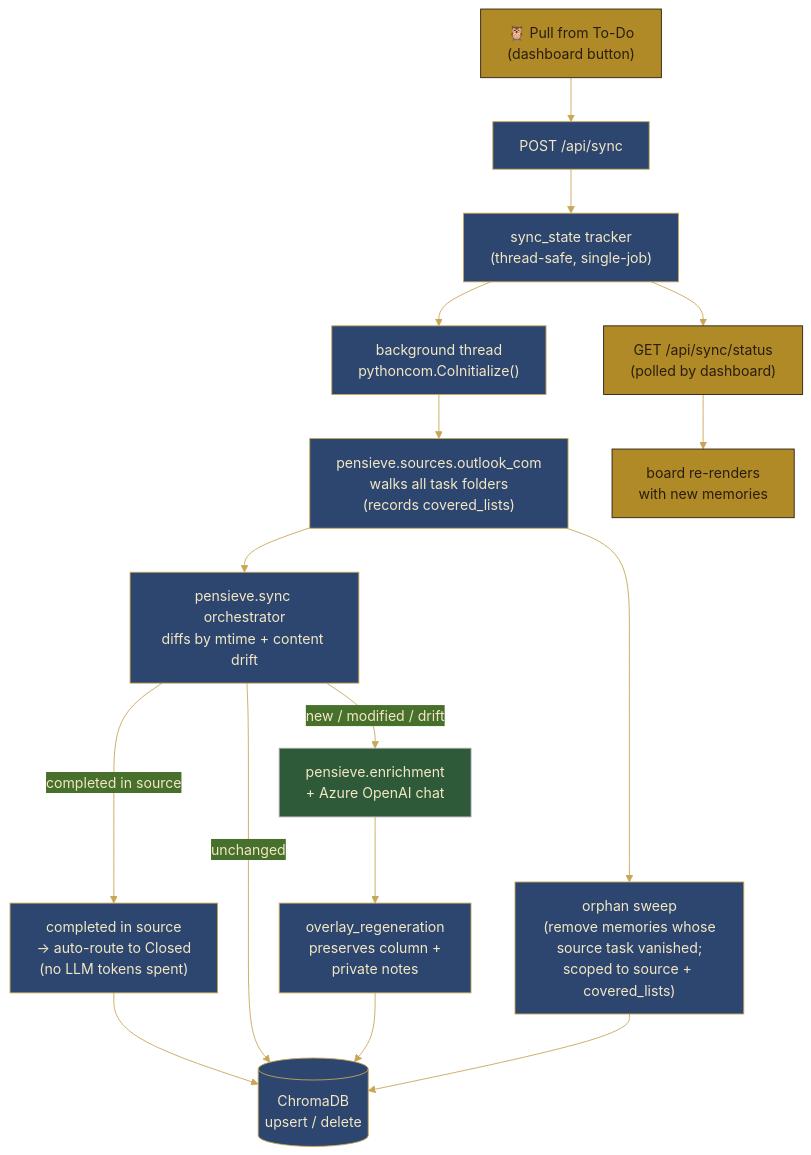
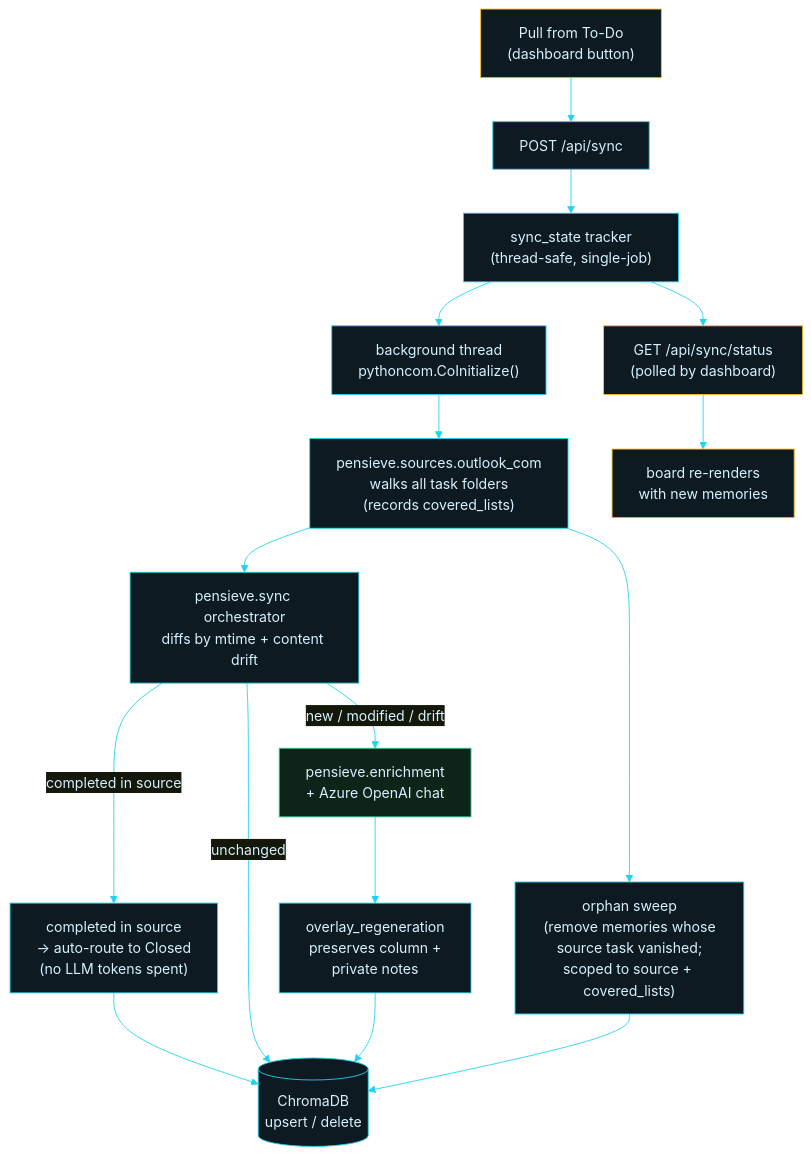
One commit to andy-herman/pensieve changed the second of 3 diagrams in README.md. Above: the diagram before and after it, drawn with Mermaid. The commit also changed other lines of this file and 4 other files, not shown here.

````diff
--- a/README.md
+++ b/README.md
@@ -247,33 +247,33 @@
 ```mermaid
-%%{init: {'theme':'base','themeVariables':{'primaryColor':'#2c4670','primaryTextColor':'#f3e7c4','primaryBorderColor':'#c9a655','lineColor':'#c9a655','fontFamily':'Cinzel, Georgia, serif'}}}%%
+%%{init: {'theme':'base','themeVariables':{'primaryColor':'#0b1418','primaryTextColor':'#d6f1ff','primaryBorderColor':'#22d3ee','lineColor':'#22d3ee','fontFamily':'Rajdhani, Share Tech Mono, monospace'}}}%%
 flowchart TD
-    HEDWIG["🦉 Pull from To-Do<br/>(dashboard button)"]
+    SYNCBTN["Pull from To-Do<br/>(dashboard button)"]
     POST["POST /api/sync"]
     TRACKER["sync_state tracker<br/>(thread-safe, single-job)"]
     THREAD["background thread<br/>pythoncom.CoInitialize()"]
     SRC["pensieve.sources.outlook_com<br/>walks all task folders<br/>(records covered_lists)"]
     ORCH["pensieve.sync orchestrator<br/>diffs by mtime + content drift"]
     AUTOCLOSE["completed in source<br/>→ auto-route to Closed<br/>(no LLM tokens spent)"]
     ENRICH["pensieve.enrichment<br/>+ Azure OpenAI chat"]
     OVERLAY["overlay_regeneration<br/>preserves column +<br/>private notes"]
     SWEEP["orphan sweep<br/>(remove memories whose<br/>source task vanished;<br/>scoped to source + covered_lists)"]
     CHROMA[("ChromaDB<br/>upsert / delete")]
     POLL["GET /api/sync/status<br/>(polled by dashboard)"]
     REDRAW["board re-renders<br/>with new memories"]
 
-    HEDWIG --> POST --> TRACKER --> THREAD
+    SYNCBTN --> POST --> TRACKER --> THREAD
     THREAD --> SRC --> ORCH
     ORCH -->|"completed in source"| AUTOCLOSE --> CHROMA
     ORCH -->|"new / modified / drift"| ENRICH
     ORCH -->|"unchanged"| CHROMA
     ENRICH --> OVERLAY --> CHROMA
     SRC --> SWEEP --> CHROMA
     TRACKER --> POLL --> REDRAW
 
-    classDef hufflepuff fill:#b08a26,stroke:#2a1d10,color:#2a1d10
-    classDef ravenclaw  fill:#2c4670,stroke:#c9a655,color:#f3e7c4
-    classDef slytherin  fill:#2e5a3a,stroke:#a8a8a8,color:#f3e7c4
-    class HEDWIG,REDRAW,POLL hufflepuff
-    class POST,TRACKER,THREAD,SRC,ORCH,AUTOCLOSE,OVERLAY,SWEEP,CHROMA ravenclaw
-    class ENRICH slytherin
+    classDef dashRole fill:#0e1a22,stroke:#fbbf24,color:#d6f1ff
+    classDef coreRole fill:#0e1a22,stroke:#22d3ee,color:#d6f1ff
+    classDef llmRole  fill:#0e2418,stroke:#34d399,color:#d6f1ff
+    class SYNCBTN,REDRAW,POLL dashRole
+    class POST,TRACKER,THREAD,SRC,ORCH,AUTOCLOSE,OVERLAY,SWEEP,CHROMA coreRole
+    class ENRICH llmRole
 ```
````
